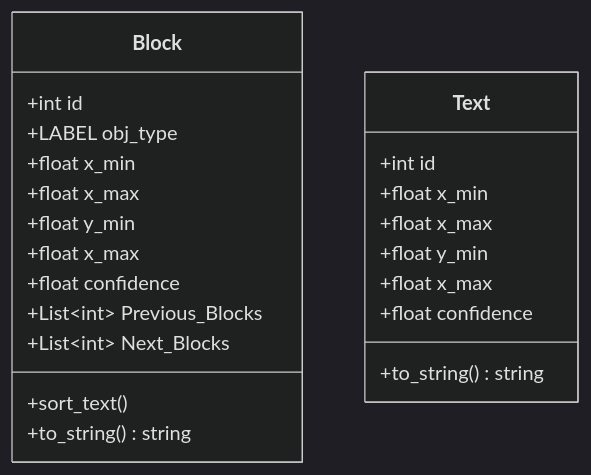
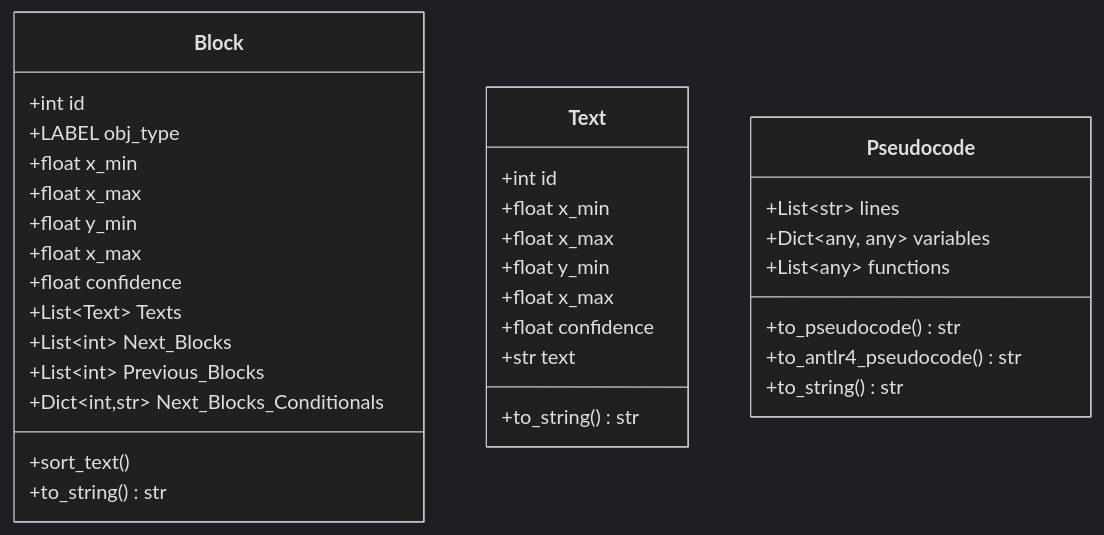
Before and after one commit to alochimpasplum/Sidekick-S-TFG: the diagram in README.md, drawn with Mermaid (dark theme). The commit also changed other lines of this file and 1 other file, not shown here.

````diff
--- a/README.md
+++ b/README.md
@@ -18,25 +5,36 @@
 ```mermaid
 classDiagram
     class Block
-      Block: +int id
-      Block: +LABEL obj_type
-      Block: +float x_min
-      Block: +float x_max
-      Block: +float y_min
-      Block: +float x_max
-      Block: +float confidence
-      Block: +List~int~ Previous_Blocks
-      Block: +List~int~ Next_Blocks
-      Block: +sort_text()
-      Block: +to_string() string
+        Block: +int id
+        Block: +LABEL obj_type
+        Block: +float x_min
+        Block: +float x_max
+        Block: +float y_min
+        Block: +float x_max
+        Block: +float confidence
+        Block: +List~Text~ Texts
+        Block: +List~int~ Next_Blocks
+        Block: +List~int~ Previous_Blocks
+        Block: +Dict~int,str~ Next_Blocks_Conditionals
+        Block: +sort_text()
+        Block: +to_string() str
       
     class Text
-      Text: +int id
-      Text: +float x_min
-      Text: +float x_max
-      Text: +float y_min
-      Text: +float x_max
-      Text: +float confidence
-      Text: +to_string() string
+        Text: +int id
+        Text: +float x_min
+        Text: +float x_max
+        Text: +float y_min
+        Text: +float x_max
+        Text: +float confidence
+        Text: +str text
+        Text: +to_string() str
+    
+    class Pseudocode
+        Pseudocode: +List~str~ lines
+        Pseudocode: +Dict~any, any~ variables
+        Pseudocode: +List~any~ functions
+        Pseudocode: +to_pseudocode() str
+        Pseudocode: +to_antlr4_pseudocode() str
+        Pseudocode: +to_string() str
 
 ```
````
